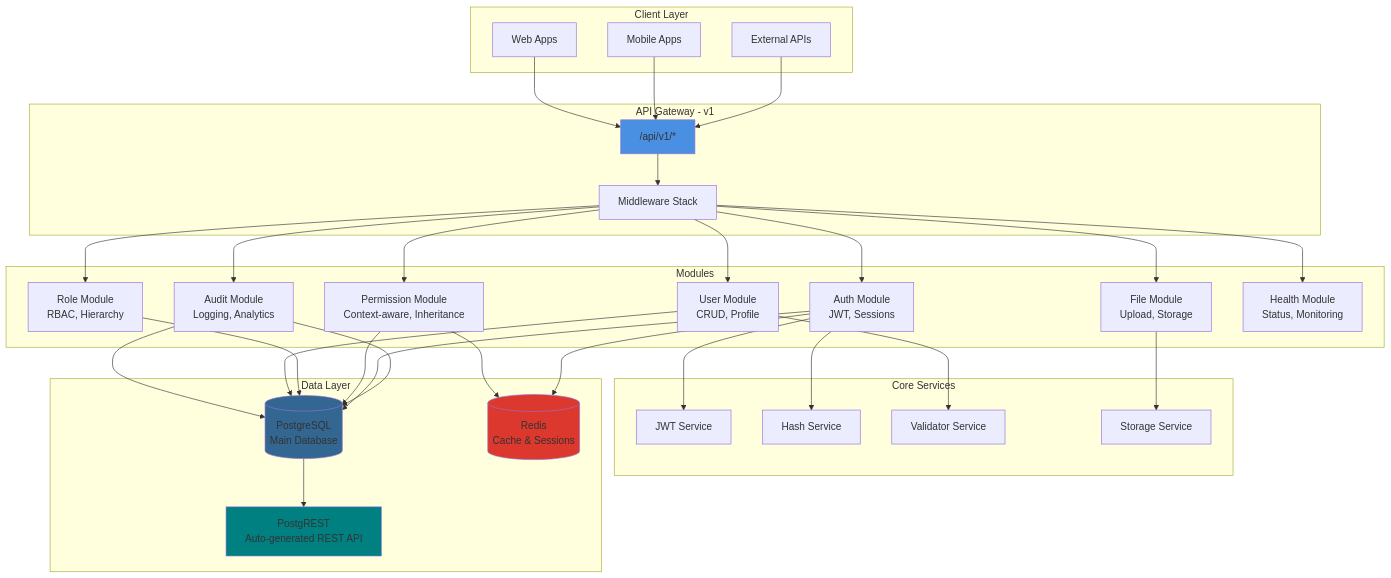
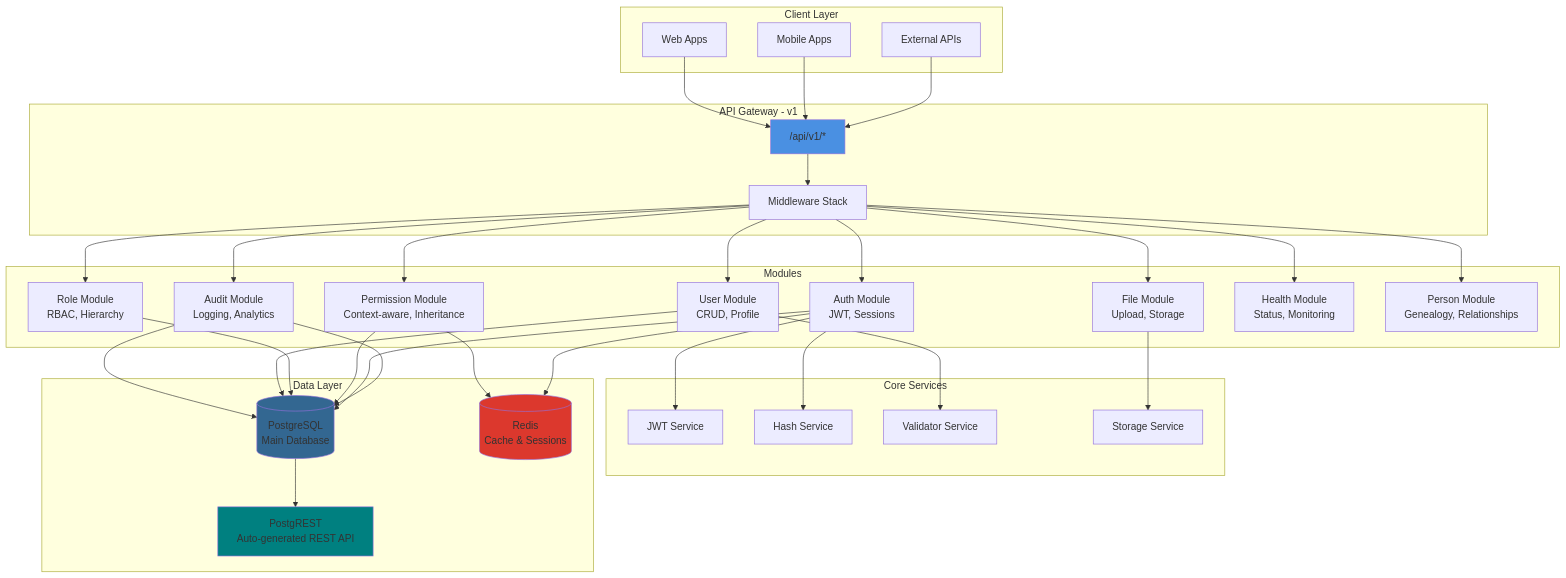
The first of 7 diagrams in README.md (gabrielmaialva33/genscan-api), drawn with Mermaid before and after one commit. The commit also changed other lines of this file and 1 other file, not shown here.

````diff
--- a/README.md
+++ b/README.md
@@ -41,70 +41,72 @@
 ```mermaid
 graph TB
     subgraph "Client Layer"
         WEB[Web Apps]
         MOB[Mobile Apps]
         API[External APIs]
     end
 
     subgraph "API Gateway - v1"
         ROUTES["/api/v1/*"]
         MW[Middleware Stack]
     end
 
     subgraph "Modules"
         AUTH[Auth Module<br/>JWT, Sessions]
         USER[User Module<br/>CRUD, Profile]
         ROLE[Role Module<br/>RBAC, Hierarchy]
         PERM[Permission Module<br/>Context-aware, Inheritance]
         FILE[File Module<br/>Upload, Storage]
         AUDIT[Audit Module<br/>Logging, Analytics]
         HEALTH[Health Module<br/>Status, Monitoring]
+        PERSON[Person Module<br/>Genealogy, Relationships]
     end
 
     subgraph "Core Services"
         JWT[JWT Service]
         HASH[Hash Service]
         VALIDATOR[Validator Service]
         STORAGE[Storage Service]
     end
 
     subgraph "Data Layer"
         TS[(PostgreSQL<br/>Main Database)]
         REDIS[(Redis<br/>Cache & Sessions)]
         PGREST[PostgREST<br/>Auto-generated REST API]
     end
 
     WEB --> ROUTES
     MOB --> ROUTES
     API --> ROUTES
 
     ROUTES --> MW
     MW --> AUTH
     MW --> USER
     MW --> ROLE
     MW --> PERM
     MW --> FILE
     MW --> AUDIT
     MW --> HEALTH
+    MW --> PERSON
 
     AUTH --> JWT
     AUTH --> HASH
     USER --> VALIDATOR
     FILE --> STORAGE
     PERM --> REDIS
     AUDIT --> TS
 
     USER --> TS
     ROLE --> TS
     PERM --> TS
     AUTH --> TS
     AUTH --> REDIS
     AUDIT --> TS
 
     TS --> PGREST
 
     style ROUTES fill:#4A90E2
     style TS fill:#336791
     style REDIS fill:#DC382D
     style PGREST fill:#008080
 ```
````
